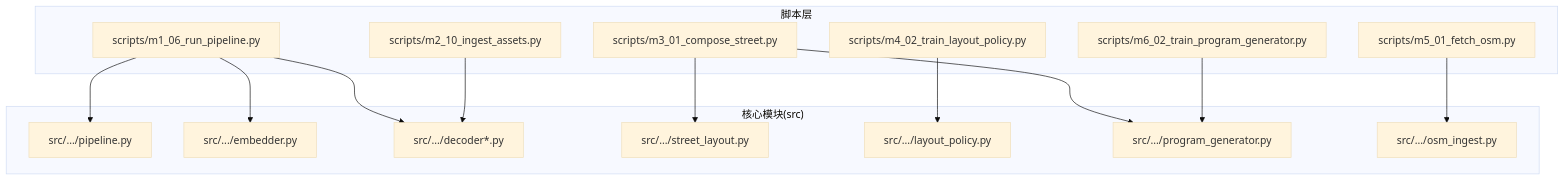
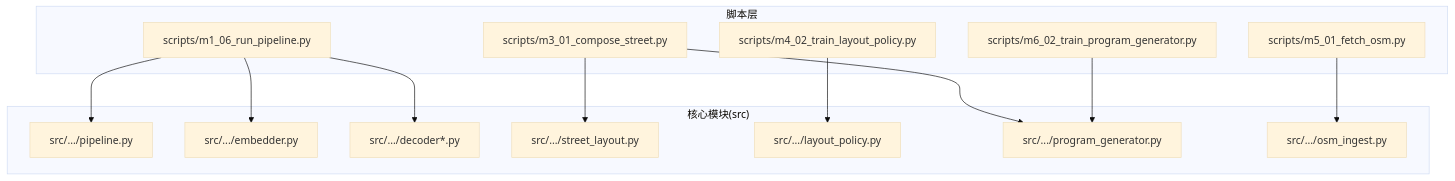
The first of 3 diagrams in .qoder/repowiki/zh/content/里程碑管道/里程碑管道.md (wsqstar/RoadGen3D), drawn with Mermaid (base theme) before and after one commit. The commit also changed other lines of this file and 10 other files, not shown here.

First line of the commit message:
docs(architecture): update system architecture with OSM and POI integration

````diff
--- a/.qoder/repowiki/zh/content/里程碑管道/里程碑管道.md
+++ b/.qoder/repowiki/zh/content/里程碑管道/里程碑管道.md
@@ -45,29 +42,27 @@
 ```mermaid
 graph TB
 subgraph "脚本层"
 S_M1["scripts/m1_06_run_pipeline.py"]
-S_M2["scripts/m2_10_ingest_assets.py"]
 S_M3["scripts/m3_01_compose_street.py"]
 S_M4["scripts/m4_02_train_layout_policy.py"]
 S_M5["scripts/m5_01_fetch_osm.py"]
 S_M6["scripts/m6_02_train_program_generator.py"]
 end
 subgraph "核心模块(src)"
 MOD_PIPELINE["src/.../pipeline.py"]
 MOD_EMBEDDER["src/.../embedder.py"]
 MOD_DECODER["src/.../decoder*.py"]
 MOD_LAYOUT["src/.../street_layout.py"]
 MOD_POLICY["src/.../layout_policy.py"]
 MOD_PROG["src/.../program_generator.py"]
 MOD_OSM["src/.../osm_ingest.py"]
 end
 S_M1 --> MOD_PIPELINE
 S_M1 --> MOD_EMBEDDER
 S_M1 --> MOD_DECODER
-S_M2 --> MOD_DECODER
 S_M3 --> MOD_LAYOUT
 S_M3 --> MOD_PROG
 S_M4 --> MOD_POLICY
 S_M5 --> MOD_OSM
 S_M6 --> MOD_PROG
 ```
````
